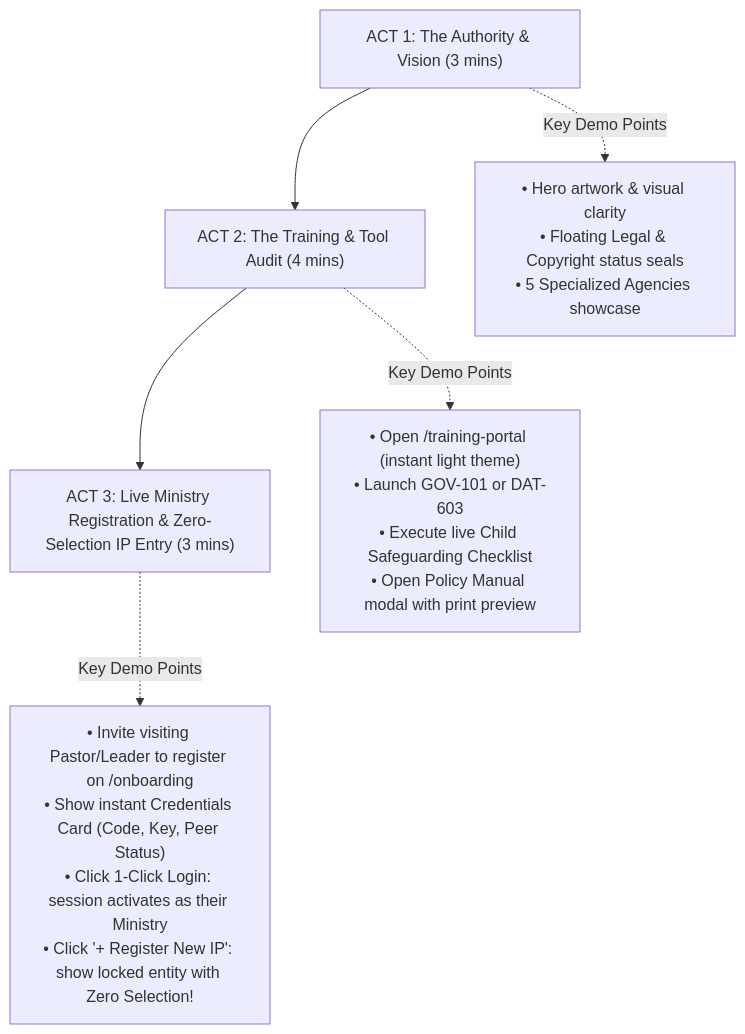
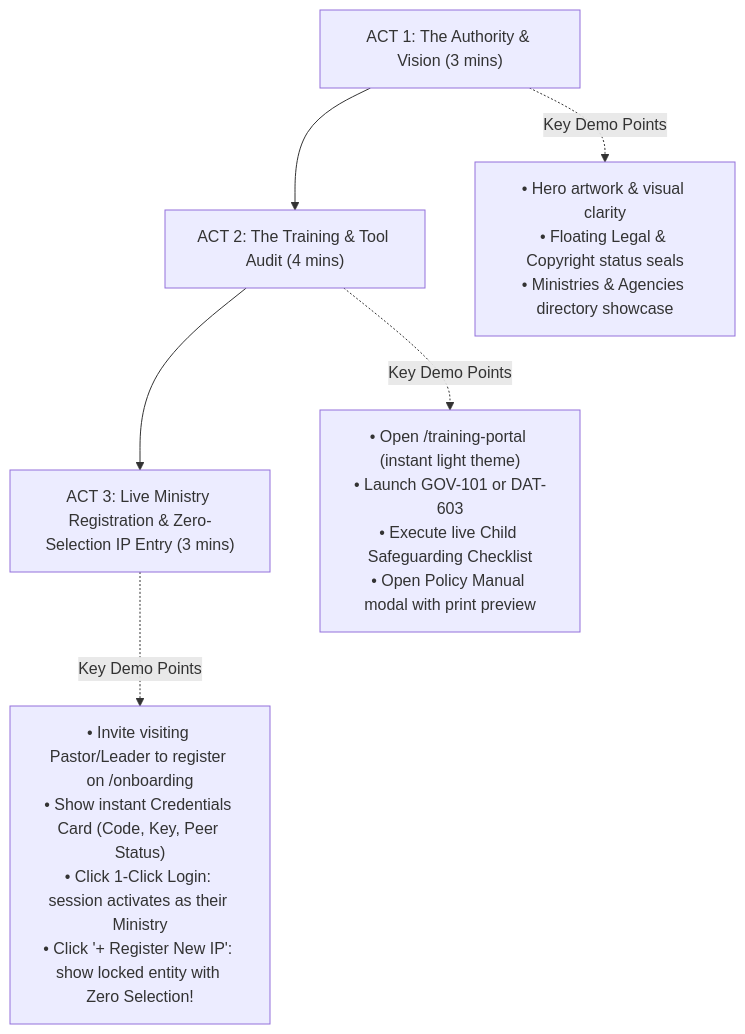
Before and after one commit to Sliver14/kmm: the fourth of 4 diagrams in docs/kmm-platform-walkthrough-and-expo-guide.md, drawn with Mermaid. The commit also changed 3 other files, not shown here.

````diff
--- a/docs/kmm-platform-walkthrough-and-expo-guide.md
+++ b/docs/kmm-platform-walkthrough-and-expo-guide.md
@@ -205,9 +205,9 @@
 ```mermaid
 flowchart TD
     ACT1["ACT 1: The Authority & Vision (3 mins)"] --> ACT2["ACT 2: The Training & Tool Audit (4 mins)"]
     ACT2 --> ACT3["ACT 3: Live Ministry Registration & Zero-Selection IP Entry (3 mins)"]
 
-    ACT1 -.->|Key Demo Points| D1["• Hero artwork & visual clarity<br/>• Floating Legal & Copyright status seals<br/>• 5 Specialized Agencies showcase"]
+    ACT1 -.->|Key Demo Points| D1["• Hero artwork & visual clarity<br/>• Floating Legal & Copyright status seals<br/>• Ministries & Agencies directory showcase"]
     ACT2 -.->|Key Demo Points| D2["• Open /training-portal (instant light theme)<br/>• Launch GOV-101 or DAT-603<br/>• Execute live Child Safeguarding Checklist<br/>• Open Policy Manual modal with print preview"]
     ACT3 -.->|Key Demo Points| D3["• Invite visiting Pastor/Leader to register on /onboarding<br/>• Show instant Credentials Card (Code, Key, Peer Status)<br/>• Click 1-Click Login: session activates as their Ministry<br/>• Click '+ Register New IP': show locked entity with Zero Selection!"]
 ```
````
